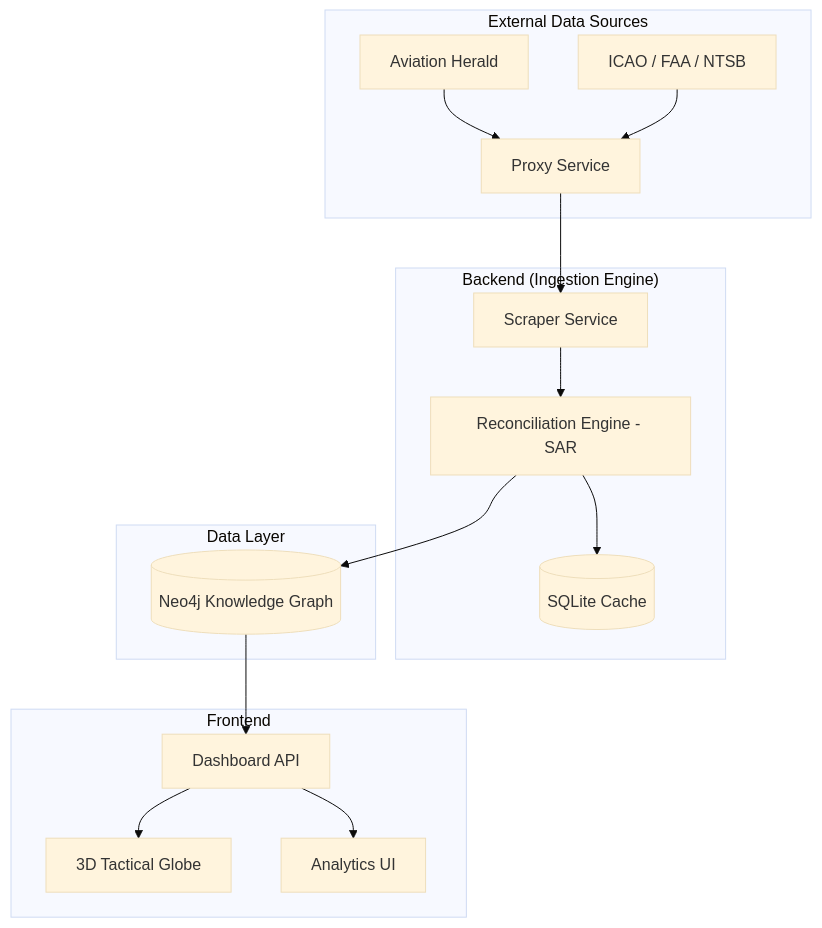
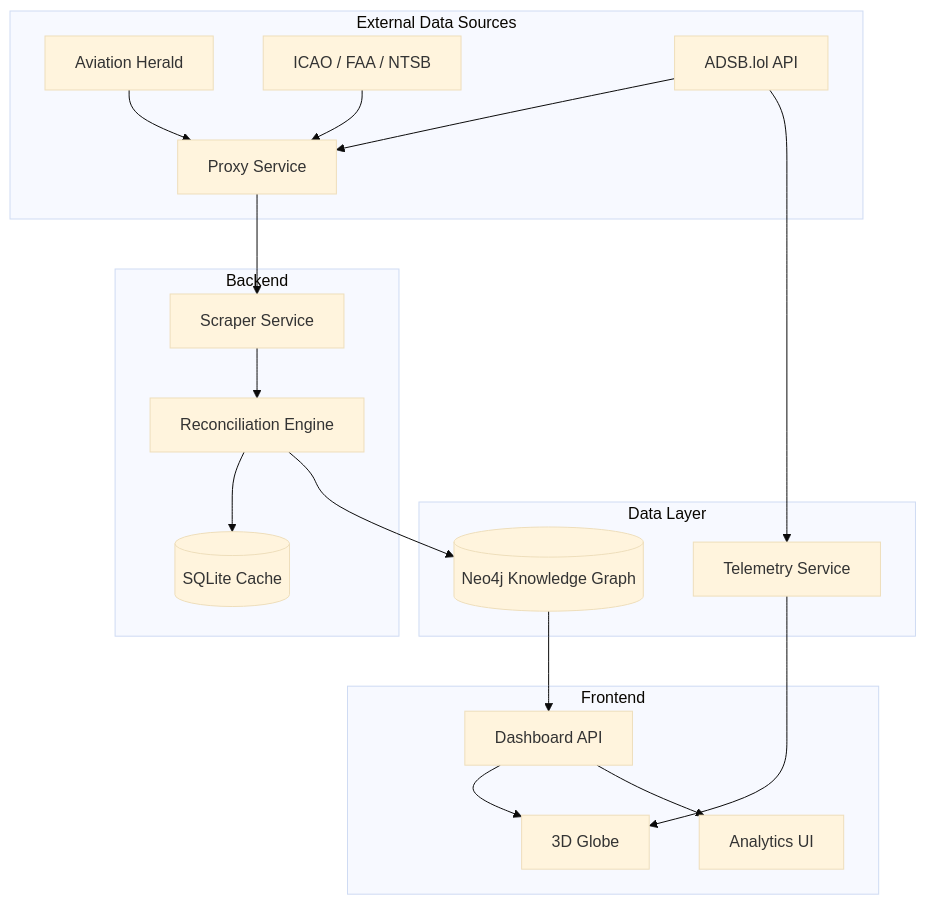
The diagram in README.md (vanillabrand/Nyx), drawn with Mermaid (base theme) before and after one commit. The commit also changed other lines of this file and 1 other file, not shown here.

Commit message:
feat: implement high-performance 3D GlobeScene telemetry visualizer and update project documentation

````diff
--- a/README.md
+++ b/README.md
@@ -34,23 +28,26 @@
 ```mermaid
 graph TD
     subgraph "External Data Sources"
         A[Aviation Herald] --> P[Proxy Service]
         B[ICAO / FAA / NTSB] --> P
+        C[ADSB.lol API] --> P
     end
 
-    subgraph "Backend (Ingestion Engine)"
+    subgraph "Backend"
         P --> S[Scraper Service]
-        S --> R[Reconciliation Engine - SAR]
+        S --> R[Reconciliation Engine]
         R --> SQ[(SQLite Cache)]
     end
 
     subgraph "Data Layer"
         R --> N[(Neo4j Knowledge Graph)]
+        C --> T[Telemetry Service]
     end
 
     subgraph "Frontend"
         N --> D[Dashboard API]
-        D --> V[3D Tactical Globe]
+        T --> V[3D Globe]
+        D --> V
         D --> L[Analytics UI]
     end
 ```
````
